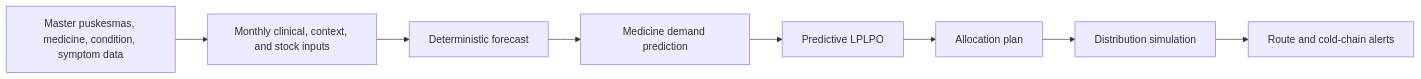
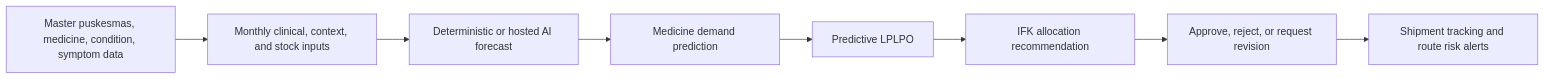
One commit to ravenhouver/MaternaLink changed the first of 4 diagrams in README.md. Above: the diagram before and after it, drawn with Mermaid. The commit also changed other lines of this file and 1 other file, not shown here.

````diff
--- a/README.md
+++ b/README.md
@@ -310,10 +412,10 @@
 ```mermaid
 flowchart LR
   A["Master puskesmas, medicine, condition, symptom data"] --> B["Monthly clinical, context, and stock inputs"]
-  B --> C["Deterministic forecast"]
+  B --> C["Deterministic or hosted AI forecast"]
   C --> D["Medicine demand prediction"]
   D --> E["Predictive LPLPO"]
-  E --> F["Allocation plan"]
-  F --> G["Distribution simulation"]
-  G --> H["Route and cold-chain alerts"]
+  E --> F["IFK allocation recommendation"]
+  F --> G["Approve, reject, or request revision"]
+  G --> H["Shipment tracking and route risk alerts"]
 ```
````
